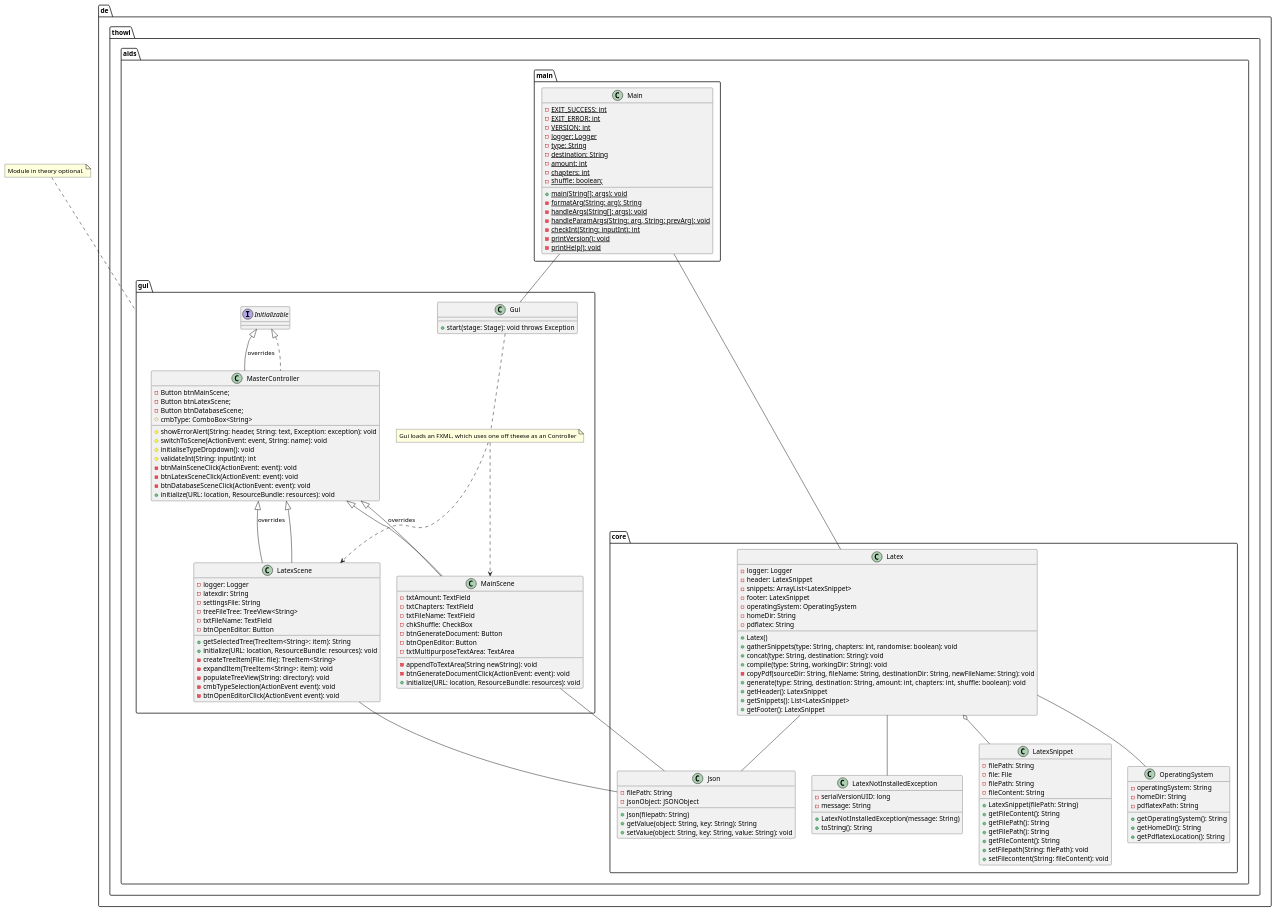
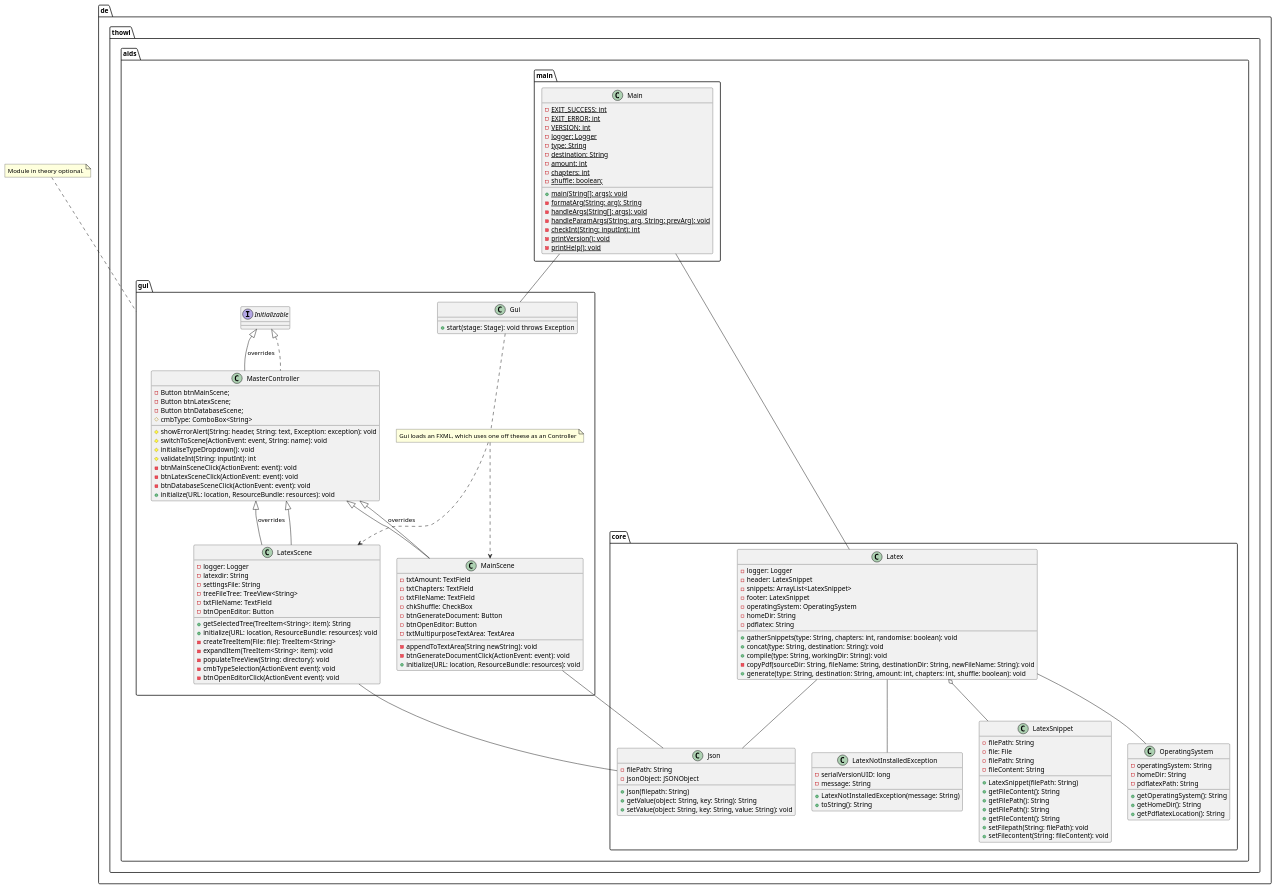
One commit to j0giwa/autonomous-instant-documents changed the diagram in docs/dev/technical_documentation/diagramm/uml/aids.puml. Above: the diagram before and after it, drawn with PlantUML. The commit also changed 3 other files, not shown here.

Commit message:
Modified Uml diagramms

```diff
--- a/docs/dev/technical_documentation/diagramm/uml/aids.puml
+++ b/docs/dev/technical_documentation/diagramm/uml/aids.puml
@@ -1,155 +1,151 @@
 @startuml aids
 
 de.thowl.aids.main.Main -- de.thowl.aids.gui.Gui
 de.thowl.aids.main.Main -- de.thowl.aids.core.Latex
 de.thowl.aids.gui.MainScene -- de.thowl.aids.core.Json
 de.thowl.aids.gui.LatexScene -- de.thowl.aids.core.Json
 
 package de.thowl.aids.main {
-    class Main {
-        - {static} EXIT_SUCCESS: int
-        - {static} EXIT_ERROR: int
-        - {static} VERSION: int
-        - {static} logger: Logger
-        - {static} type: String
-	    - {static} destination: String
-	    - {static} amount: int
-	    - {static} chapters: int
-	    - {static} shuffle: boolean;
-        + {static} main(String[]: args): void
-        - {static} formatArg(String: arg): String
-        - {static} handleArgs(String[]: args): void
-        - {static} handleParamArgs(String: arg, String: prevArg): void
-        - {static} checkInt(String: inputInt): int
-        - {static} printVersion(): void
-        - {static} printHelp(): void
-    }
+	class Main {
+		- {static} EXIT_SUCCESS: int
+		- {static} EXIT_ERROR: int
+		- {static} VERSION: int
+		- {static} logger: Logger
+		- {static} type: String
+		- {static} destination: String
+		- {static} amount: int
+		- {static} chapters: int
+		- {static} shuffle: boolean;
+		+ {static} main(String[]: args): void
+		- {static} formatArg(String: arg): String
+		- {static} handleArgs(String[]: args): void
+		- {static} handleParamArgs(String: arg, String: prevArg): void
+		- {static} checkInt(String: inputInt): int
+		- {static} printVersion(): void
+		- {static} printHelp(): void
+	}
 }
 
 package de.thowl.aids.core {
-    class Latex {
-        - logger: Logger
-        - header: LatexSnippet
-        - snippets: ArrayList<LatexSnippet>
-        - footer: LatexSnippet
-        - operatingSystem: OperatingSystem
-        - homeDir: String
-        - pdflatex: String
-        + Latex()
-        + gatherSnippets(type: String, chapters: int, randomise: boolean): void
-        + concat(type: String, destination: String): void
-        + compile(type: String, workingDir: String): void
-        - copyPdf(sourceDir: String, fileName: String, destinationDir: String, newFileName: String): void
-        + generate(type: String, destination: String, amount: int, chapters: int, shuffle: boolean): void
-        + getHeader(): LatexSnippet
-        + getSnippets(): List<LatexSnippet>
-        + getFooter(): LatexSnippet
-    }
+	class Latex {
+		- logger: Logger
+		- header: LatexSnippet
+		- snippets: ArrayList<LatexSnippet>
+		- footer: LatexSnippet
+		- operatingSystem: OperatingSystem
+		- homeDir: String
+		- pdflatex: String
+		+ gatherSnippets(type: String, chapters: int, randomise: boolean): void
+		+ concat(type: String, destination: String): void
+		+ compile(type: String, workingDir: String): void
+		- copyPdf(sourceDir: String, fileName: String, destinationDir: String, newFileName: String): void
+		+ generate(type: String, destination: String, amount: int, chapters: int, shuffle: boolean): void
+	}
 
-    Latex o-- LatexSnippet 
-    Latex -- OperatingSystem
-    Latex -- Json
-    Latex -- LatexNotInstalledException
+	Latex o-- LatexSnippet 
+	Latex -- OperatingSystem
+	Latex -- Json
+	Latex -- LatexNotInstalledException
 
-    class LatexSnippet {
-        - filePath: String
-        + LatexSnippet(filePath: String)
-        + getFileContent(): String
-        + getFilePath(): String
-    }
+	class LatexSnippet {
+		- filePath: String
+		+ LatexSnippet(filePath: String)
+		+ getFileContent(): String
+		+ getFilePath(): String
+	}
 
-    class OperatingSystem {
-        - operatingSystem: String
-	    - homeDir: String
-	    - pdflatexPath: String
-        + getOperatingSystem(): String
-        + getHomeDir(): String
-        + getPdflatexLocation(): String
-    }
+	class OperatingSystem {
+		- operatingSystem: String
+		- homeDir: String
+		- pdflatexPath: String
+		+ getOperatingSystem(): String
+		+ getHomeDir(): String
+		+ getPdflatexLocation(): String
+	}
 
-    class Json {
-        - filePath: String
-        - jsonObject: JSONObject
-        + Json(filepath: String)
-        + getValue(object: String, key: String): String
-        + setValue(object: String, key: String, value: String): void
-    }
+	class Json {
+		- filePath: String
+		- jsonObject: JSONObject
+		+ Json(filepath: String)
+		+ getValue(object: String, key: String): String
+		+ setValue(object: String, key: String, value: String): void
+	}
 
-    class LatexNotInstalledException {
-        - serialVersionUID: long
-        - message: String
-        + LatexNotInstalledException(message: String)
-        + toString(): String
-    }
+	class LatexNotInstalledException {
+		- serialVersionUID: long
+		- message: String
+		+ LatexNotInstalledException(message: String)
+		+ toString(): String
+	}
 
-    class LatexSnippet {
-        - file: File
-	    - filePath: String
-	    - fileContent: String
-        + getFilePath(): String
-        + getFileContent(): String
-        + setFilepath(String: filePath): void
-        + setFilecontent(String: fileContent): void
-    }
+	class LatexSnippet {
+		- file: File
+		- filePath: String
+		- fileContent: String
+		+ getFilePath(): String
+		+ getFileContent(): String
+		+ setFilepath(String: filePath): void
+		+ setFilecontent(String: fileContent): void
+	}
 }
 
 note top of de.thowl.aids.gui : Module in theory optional.
 package de.thowl.aids.gui{
-    class Gui {
-        + start(stage: Stage): void throws Exception
-    }
+	class Gui {
+		+ start(stage: Stage): void throws Exception
+	}
 
-    note "Gui loads an FXML, which uses one off theese as an Controller" as N1
-    Gui .. N1
-    N1 ..> MainScene
-    N1 ..> LatexScene
+	note "Gui loads an FXML, which uses one off theese as an Controller" as N1
+	Gui .. N1
+	N1 ..> MainScene
+	N1 ..> LatexScene
 
-    class MasterController implements Initializable{
-        - Button btnMainScene;
-	    - Button btnLatexScene;
-	    - Button btnDatabaseScene;
-        # cmbType: ComboBox<String>
-        # showErrorAlert(String: header, String: text, Exception: exception): void
-        # switchToScene(ActionEvent: event, String: name): void
-        # initialiseTypeDropdown(): void
-        # validateInt(String: inputInt): int
-        - btnMainSceneClick(ActionEvent: event): void
-        - btnLatexSceneClick(ActionEvent: event): void
-        - btnDatabaseSceneClick(ActionEvent: event): void
-        + initialize(URL: location, ResourceBundle: resources): void
-    }
+	class MasterController implements Initializable{
+		- Button btnMainScene;
+		- Button btnLatexScene;
+		- Button btnDatabaseScene;
+		# cmbType: ComboBox<String>
+		# showErrorAlert(String: header, String: text, Exception: exception): void
+		# switchToScene(ActionEvent: event, String: name): void
+		# initialiseTypeDropdown(): void
+		# validateInt(String: inputInt): int
+		- btnMainSceneClick(ActionEvent: event): void
+		- btnLatexSceneClick(ActionEvent: event): void
+		- btnDatabaseSceneClick(ActionEvent: event): void
+		+ initialize(URL: location, ResourceBundle: resources): void
+	}
 
-    class MainScene extends MasterController {
-        - txtAmount: TextField
-	    - txtChapters: TextField
-	    - txtFileName: TextField
-	    - chkShuffle: CheckBox
-	    - btnGenerateDocument: Button
-	    - btnOpenEditor: Button
-        - txtMultipurposeTextArea: TextArea
-        - appendToTextArea(String newString): void
-        - btnGenerateDocumentClick(ActionEvent: event): void
-        + initialize(URL: location, ResourceBundle: resources): void
-    }
+	class MainScene extends MasterController {
+		- txtAmount: TextField
+		- txtChapters: TextField
+		- txtFileName: TextField
+		- chkShuffle: CheckBox
+		- btnGenerateDocument: Button
+		- btnOpenEditor: Button
+		- txtMultipurposeTextArea: TextArea
+		- appendToTextArea(String newString): void
+		- btnGenerateDocumentClick(ActionEvent: event): void
+		+ initialize(URL: location, ResourceBundle: resources): void
+	}
 
-    class LatexScene extends MasterController {
-        - logger: Logger
-        - latexdir: String
-	    - settingsFile: String
-        - treeFileTree: TreeView<String>
-        - txtFileName: TextField
-        - btnOpenEditor: Button
-        + getSelectedTree(TreeItem<String>: item): String
-        + initialize(URL: location, ResourceBundle: resources): void
-        - createTreeItem(File: file): TreeItem<String>
-        - expandItem(TreeItem<String>: item): void
-        - populateTreeView(String: directory): void
-        - cmbTypeSelection(ActionEvent event): void
-        - btnOpenEditorClick(ActionEvent event): void 
-    }
+	class LatexScene extends MasterController {
+		- logger: Logger
+		- latexdir: String
+		- settingsFile: String
+		- treeFileTree: TreeView<String>
+		- txtFileName: TextField
+		- btnOpenEditor: Button
+		+ getSelectedTree(TreeItem<String>: item): String
+		+ initialize(URL: location, ResourceBundle: resources): void
+		- createTreeItem(File: file): TreeItem<String>
+		- expandItem(TreeItem<String>: item): void
+		- populateTreeView(String: directory): void
+		- cmbTypeSelection(ActionEvent event): void
+		- btnOpenEditorClick(ActionEvent event): void 
+	}
 
-    Initializable <|-- MasterController : overrides
-    MasterController <|-- MainScene : overrides
-    MasterController <|-- LatexScene : overrides
+	Initializable <|-- MasterController : overrides
+	MasterController <|-- MainScene : overrides
+	MasterController <|-- LatexScene : overrides
 }
 @enduml
```
